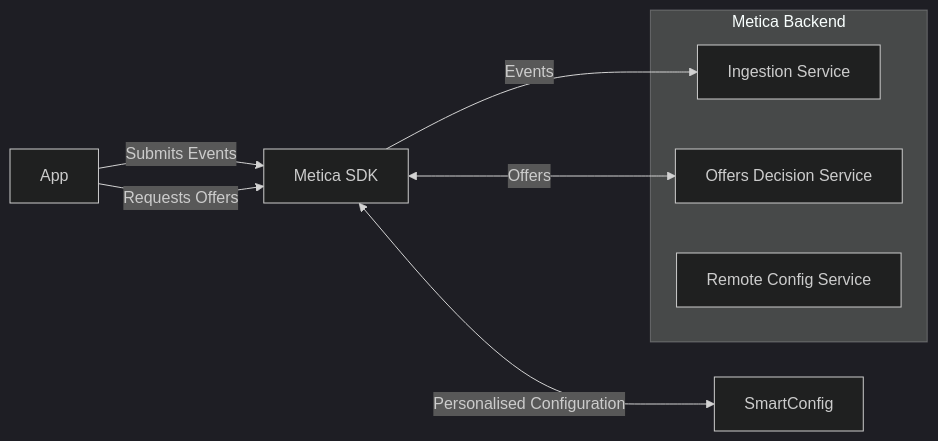
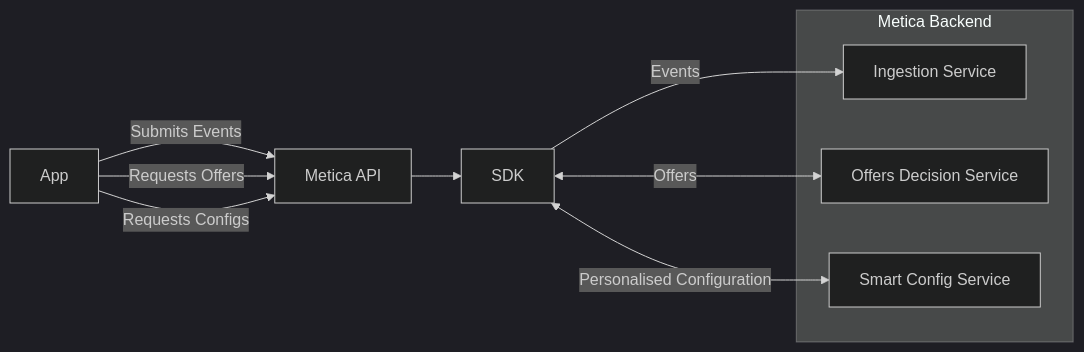
The diagram in README.md (meticalabs/metica-unity-sdk), drawn with Mermaid (dark theme) before and after one commit. The commit also changed other lines of this file, not shown here.

````diff
--- a/README.md
+++ b/README.md
@@ -18,12 +18,15 @@
 ```mermaid
 graph LR
-    App -- Submits Events --> SDK[Metica SDK] -- Events --> Ingestion
-    App -- Requests Offers --> SDK
+    App -- Submits Events --> API[Metica API]
+    SDK -- Events --> Ingestion
+    App -- Requests Offers --> API
+    App -- Requests Configs --> API
     SDK <-- Offers --> ODS
     SDK <-- Personalised Configuration --> SmartConfig
+    API --> SDK
     subgraph Metica Backend
         Ingestion[Ingestion Service]
         ODS[Offers Decision Service]
-        RemoteConfig[Remote Config Service]
-    end
+        SmartConfig[Smart Config Service]
+end
 ```
````
